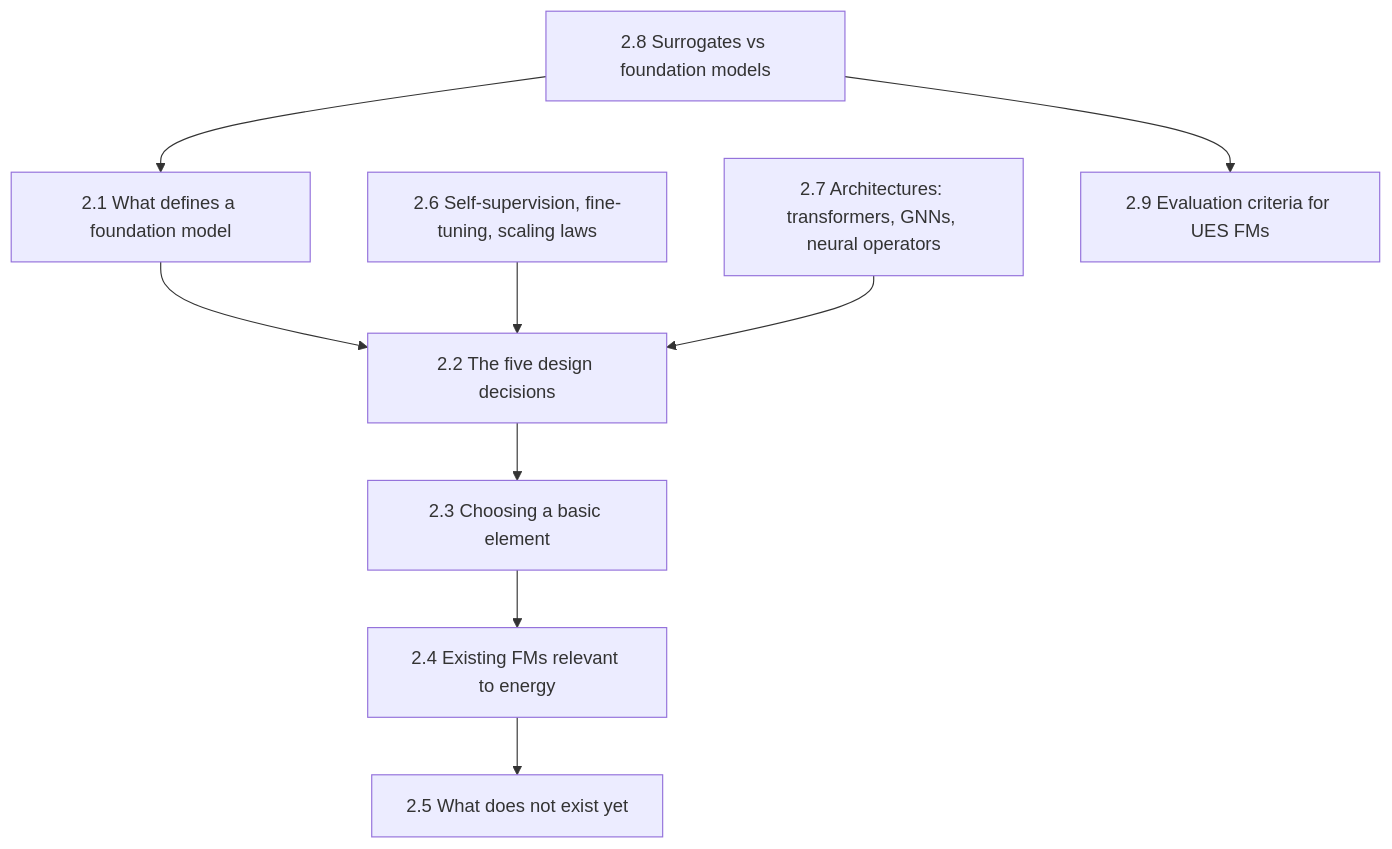
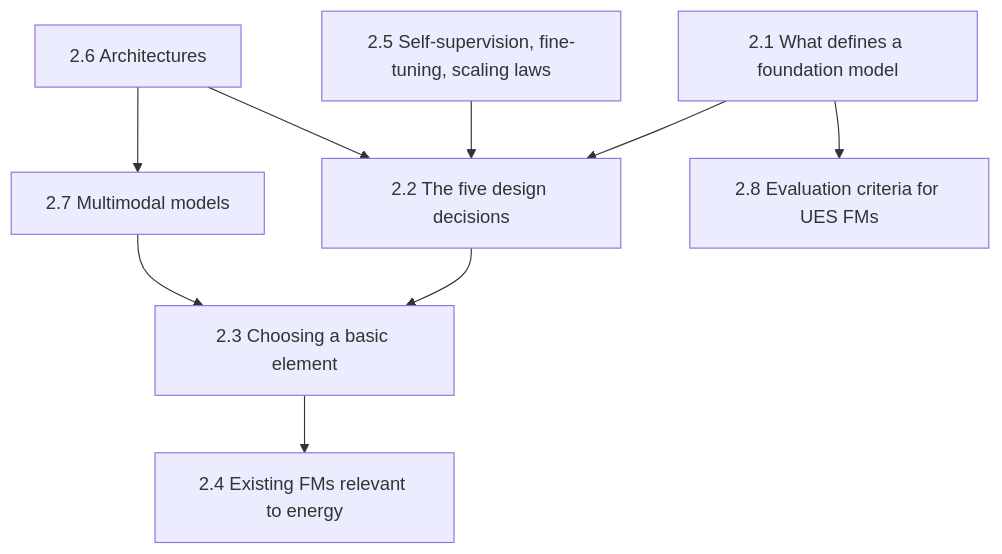
Before and after one commit to BartonChenTW/FM4UES: the diagram in chapter-2-fm-foundations/index.md, drawn with Mermaid. The commit also changed other lines of this file and 80 other files, not shown here.

First line of the commit message:
Restructure into 42 pages and give multimodal models their own section (v3.0)

````diff
--- a/chapter-2-fm-foundations/index.md
+++ b/chapter-2-fm-foundations/index.md
@@ -17,11 +17,11 @@
 ```mermaid
 flowchart TD
     A["2.1 What defines a foundation model"] --> B["2.2 The five design decisions"]
     B --> C["2.3 Choosing a basic element"]
     C --> D["2.4 Existing FMs relevant to energy"]
-    D --> E["2.5 What does not exist yet"]
-    F["2.6 Self-supervision, fine-tuning, scaling laws"] --> B
-    G["2.7 Architectures: transformers, GNNs, neural operators"] --> B
-    H["2.8 Surrogates vs foundation models"] --> A
-    H --> I["2.9 Evaluation criteria for UES FMs"]
+    F["2.5 Self-supervision, fine-tuning, scaling laws"] --> B
+    G["2.6 Architectures"] --> B
+    G --> H["2.7 Multimodal models"]
+    H --> C
+    A --> I["2.8 Evaluation criteria for UES FMs"]
 ```
````
